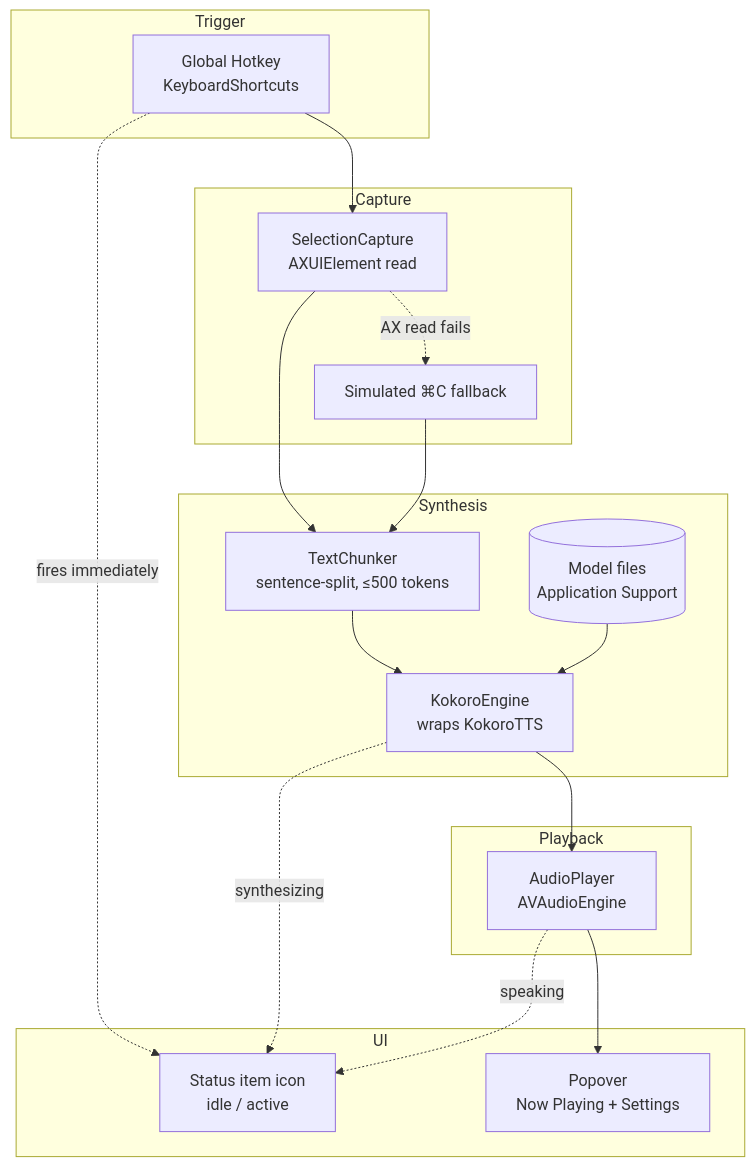
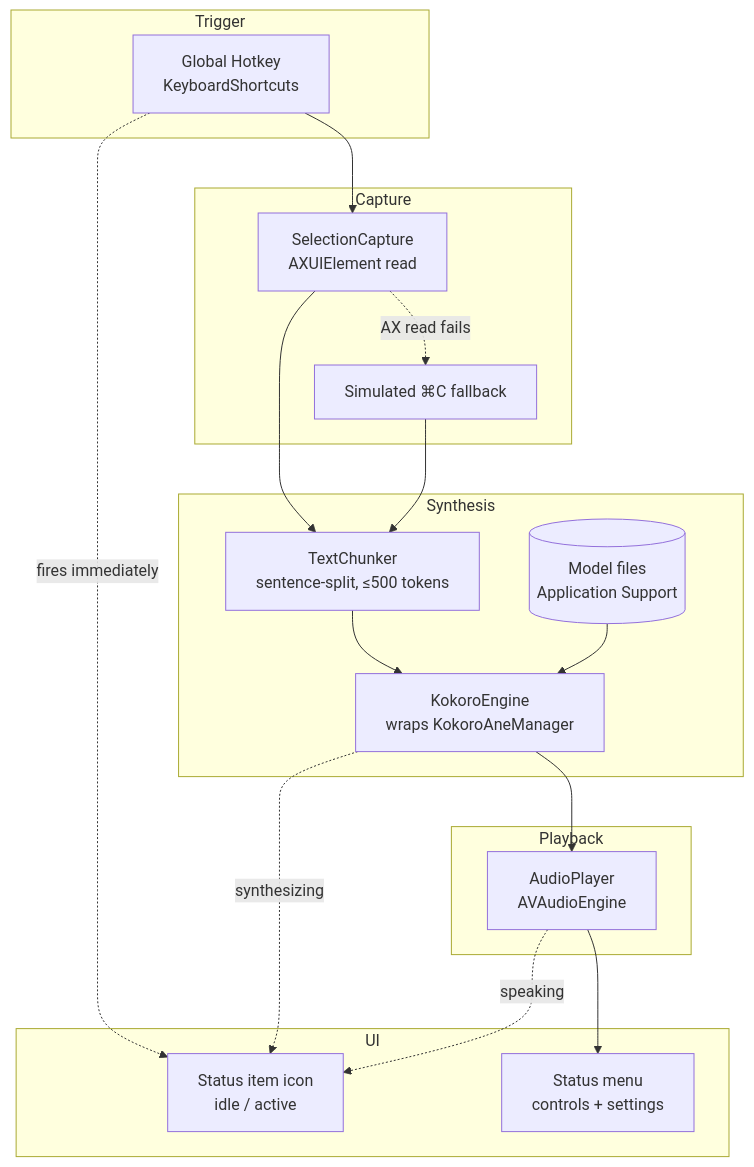
One commit to tilakp/aloud changed the diagram in SPEC.md. Above: the diagram before and after it, drawn with Mermaid. The commit also changed other lines of this file, not shown here.

Commit message:
Update SPEC for the status menu and the FluidAudio engine

````diff
--- a/SPEC.md
+++ b/SPEC.md
@@ -48,34 +64,34 @@
 ```mermaid
 flowchart TB
     subgraph Trigger
         HK[Global Hotkey<br/>KeyboardShortcuts]
     end
     subgraph Capture
         SEL[SelectionCapture<br/>AXUIElement read]
         FALLBACK[Simulated ⌘C fallback]
     end
     subgraph Synthesis
         CHUNK[TextChunker<br/>sentence-split, ≤500 tokens]
-        ENGINE[KokoroEngine<br/>wraps KokoroTTS]
+        ENGINE[KokoroEngine<br/>wraps KokoroAneManager]
         MODEL[(Model files<br/>Application Support)]
     end
     subgraph Playback
         PLAYER[AudioPlayer<br/>AVAudioEngine]
     end
     subgraph UI
         ICON[Status item icon<br/>idle / active]
-        MENUBAR[Popover<br/>Now Playing + Settings]
+        MENUBAR[Status menu<br/>controls + settings]
     end
 
     HK --> SEL
     HK -. fires immediately .-> ICON
     SEL -. AX read fails .-> FALLBACK
     SEL --> CHUNK
     FALLBACK --> CHUNK
     CHUNK --> ENGINE
     MODEL --> ENGINE
     ENGINE --> PLAYER
     ENGINE -. synthesizing .-> ICON
     PLAYER -. speaking .-> ICON
     PLAYER --> MENUBAR
 ```
````
